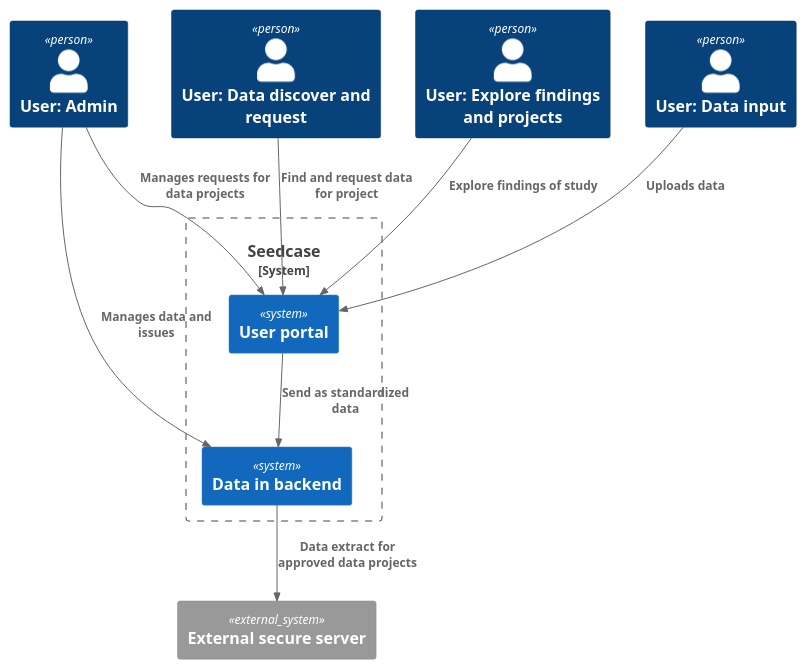
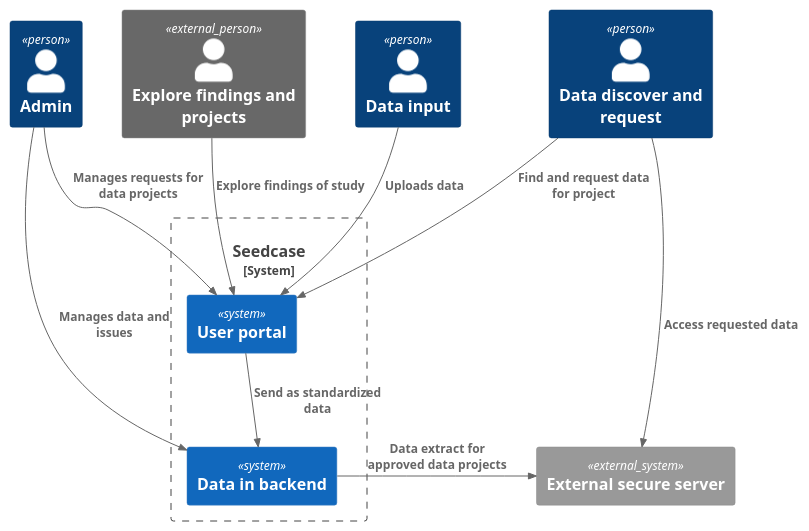
Before and after one commit to seedcase-project/seedcase-website: the diagram in design/images/context.puml, drawn with PlantUML.

Commit message:
minor updates to context diagram

```diff
--- a/design/images/context.puml
+++ b/design/images/context.puml
@@ -1,22 +1,26 @@
 @startuml
 !include https://raw.githubusercontent.com/plantuml-stdlib/C4-PlantUML/master/C4_Context.puml
 
-Person(user_data_input, "User: Data input")
-Person(user_data_request, "User: Data discover and request")
-Person(user_results, "User: Explore findings and projects")
-Person(user_admin, "User: Admin")
+Person(user_data_input, "Data input")
+Person(user_data_request, "Data discover and request")
+Person(user_admin, "Admin")
+
+Person_Ext(user_results, "Explore findings and projects")
+
+Lay_Right(user_admin, user_results)
 
 System_Boundary(seedcase, "Seedcase") {
   System(ui, "User portal")
   System(backend, "Data in backend")
 }
 System_Ext(external_server, "External secure server")
 
 Rel(user_data_input, ui, "Uploads data")
 Rel(user_data_request, ui, "Find and request data for project")
 Rel(user_results, ui, "Explore findings of study")
 Rel(user_admin, ui, "Manages requests for data projects")
 Rel(user_admin, backend, "Manages data and issues")
-Rel(ui, backend, "Send as standardized data")
-Rel(backend, external_server, "Data extract for approved data projects")
+Rel_Down(ui, backend, "Send as standardized data")
+Rel_Right(backend, external_server, "Data extract for approved data projects")
+Rel(user_data_request, external_server, "Access requested data")
 @enduml
```
